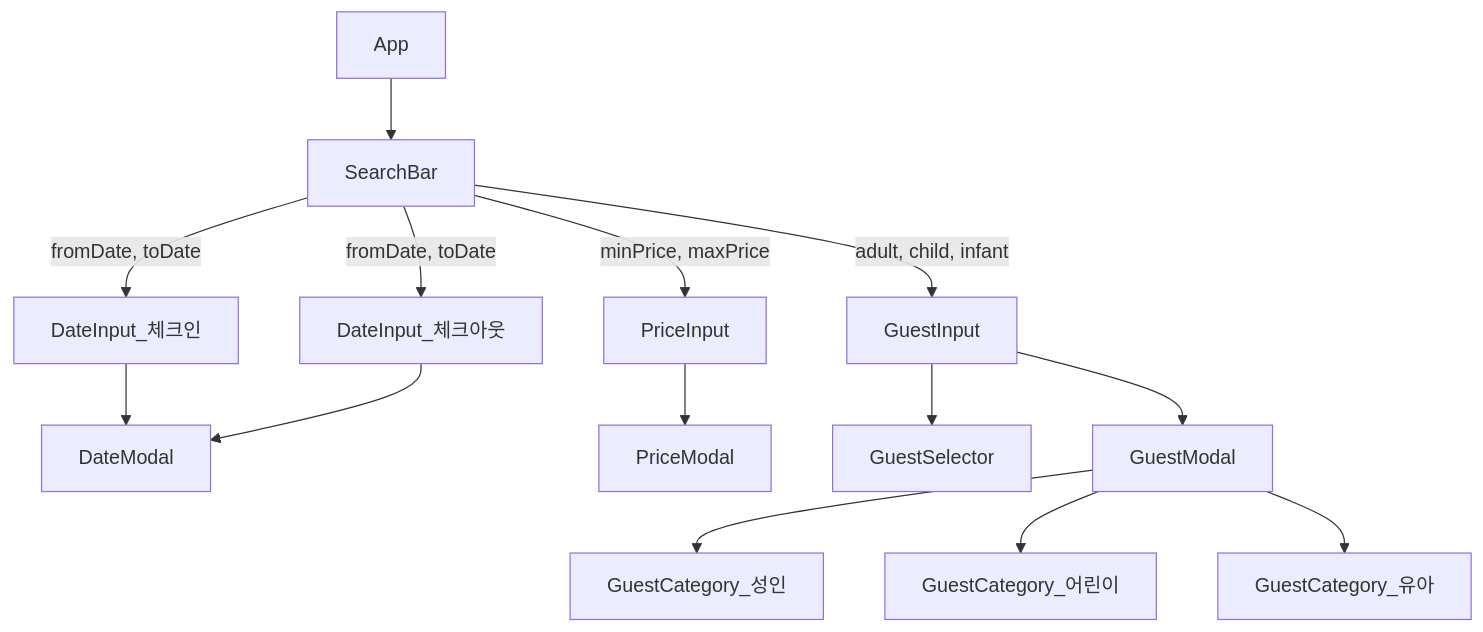
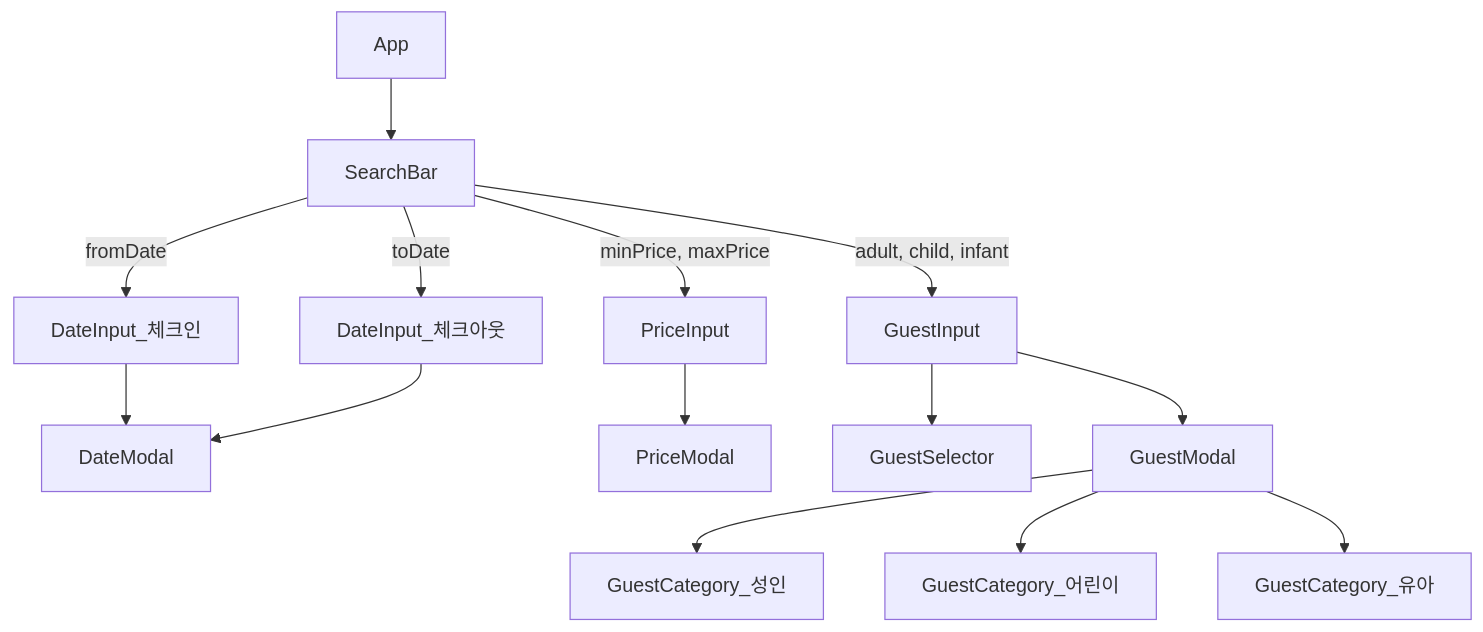
One commit to shininghyunho/bangbang changed the third of 3 diagrams in README.md. Above: the diagram before and after it, drawn with Mermaid.

Commit message:
docs : 컴포넌트 구조 설계도 수정.

````diff
--- a/README.md
+++ b/README.md
@@ -78,19 +78,19 @@
 ```mermaid
 graph TD
     App --> SearchBar;
-    SearchBar -- fromDate, toDate --> DateInputCheckIn[DateInput_체크인];
-    SearchBar -- fromDate, toDate --> DateInputCheckOut[DateInput_체크아웃];
+    SearchBar -- fromDate --> DateInputCheckIn[DateInput_체크인];
+    SearchBar -- toDate --> DateInputCheckOut[DateInput_체크아웃];
     SearchBar -- minPrice, maxPrice --> PriceInput;
     SearchBar -- adult, child, infant --> GuestInput;
 
     DateInputCheckIn --> DateModal;
     DateInputCheckOut --> DateModal;
 
     PriceInput --> PriceModal;
 
     GuestInput --> GuestSelector;
     GuestInput --> GuestModal;
     GuestModal --> GuestCategory_Adult[GuestCategory_성인];
     GuestModal --> GuestCategory_Child[GuestCategory_어린이];
     GuestModal --> GuestCategory_Infant[GuestCategory_유아];
 ```
````
